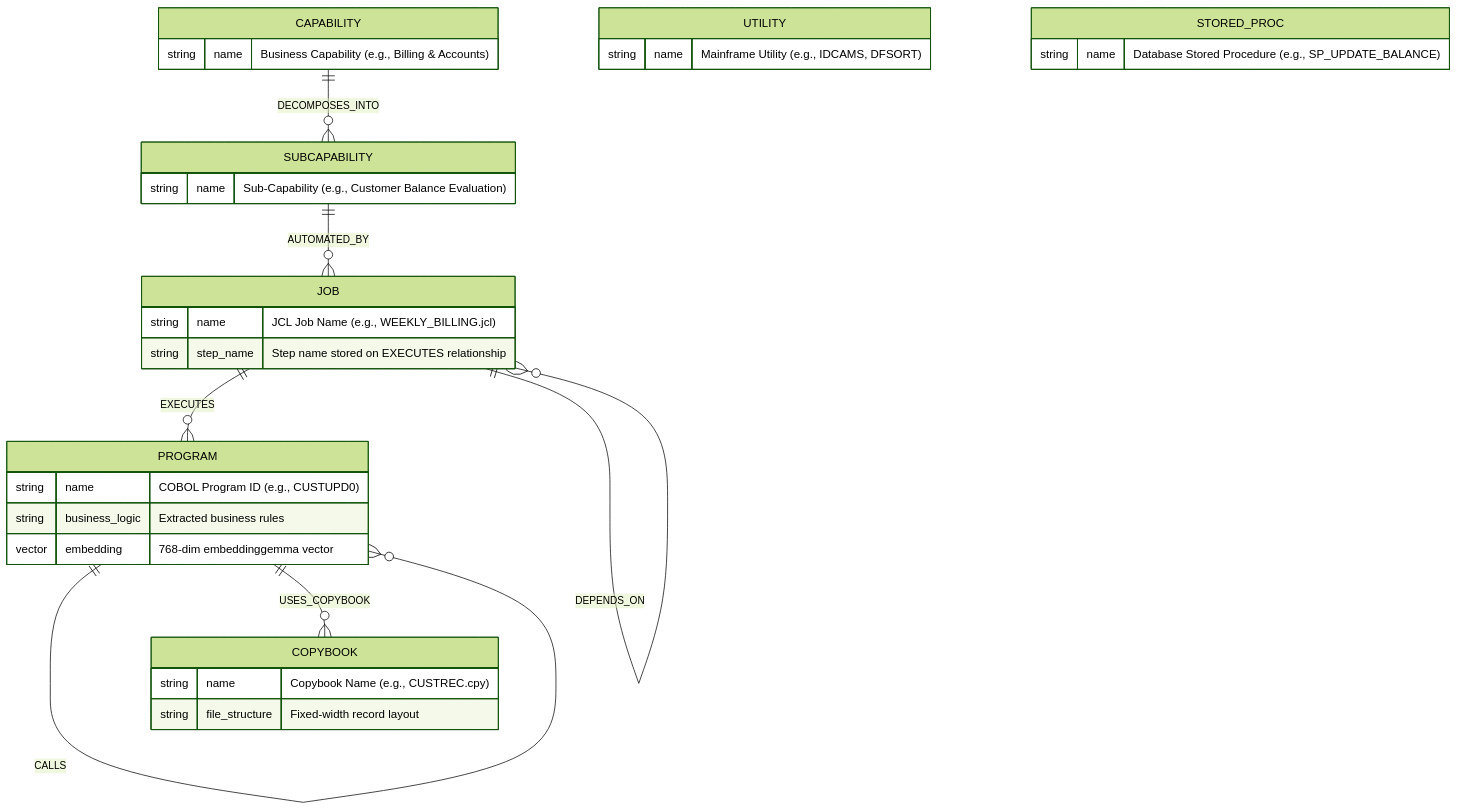
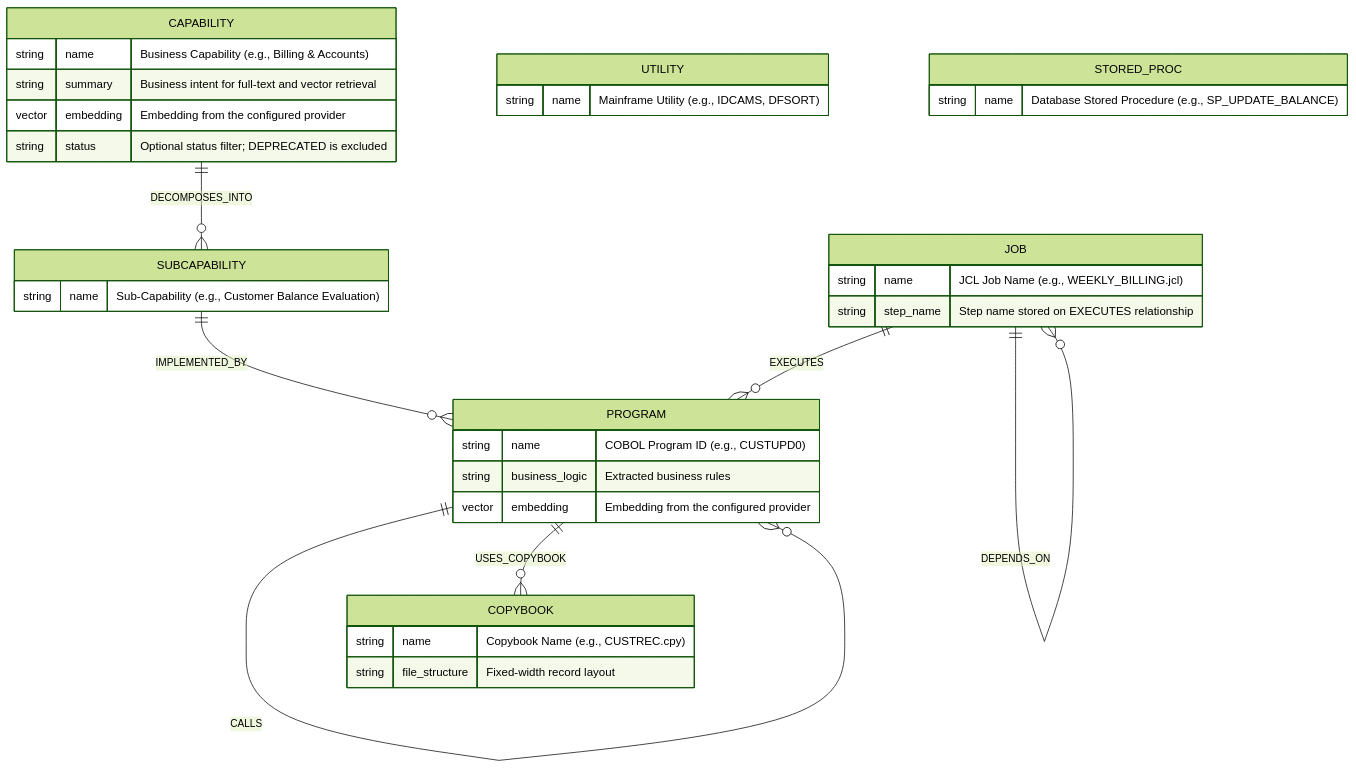
The fourth of 4 diagrams in README.md (pritamnikam/cobol-graphrag-modernizer), drawn with Mermaid (forest theme) before and after one commit. The commit also changed other lines of this file and 8 other files, not shown here.

````diff
--- a/README.md
+++ b/README.md
@@ -344,42 +394,45 @@
 ```mermaid
 erDiagram
     CAPABILITY {
         string name "Business Capability (e.g., Billing & Accounts)"
+        string summary "Business intent for full-text and vector retrieval"
+        vector embedding "Embedding from the configured provider"
+        string status "Optional status filter; DEPRECATED is excluded"
     }
     
     SUBCAPABILITY {
         string name "Sub-Capability (e.g., Customer Balance Evaluation)"
     }
 
     JOB {
         string name "JCL Job Name (e.g., WEEKLY_BILLING.jcl)"
         string step_name "Step name stored on EXECUTES relationship"
     }
 
     PROGRAM {
         string name "COBOL Program ID (e.g., CUSTUPD0)"
         string business_logic "Extracted business rules"
-        vector embedding "768-dim embeddinggemma vector"
+        vector embedding "Embedding from the configured provider"
     }
 
     UTILITY {
         string name "Mainframe Utility (e.g., IDCAMS, DFSORT)"
     }
 
     STORED_PROC {
         string name "Database Stored Procedure (e.g., SP_UPDATE_BALANCE)"
     }
 
     COPYBOOK {
         string name "Copybook Name (e.g., CUSTREC.cpy)"
         string file_structure "Fixed-width record layout"
     }
 
     CAPABILITY ||--o{ SUBCAPABILITY : "DECOMPOSES_INTO"
-    SUBCAPABILITY ||--o{ JOB : "AUTOMATED_BY"
+    SUBCAPABILITY ||--o{ PROGRAM : "IMPLEMENTED_BY"
     JOB ||--o{ PROGRAM : "EXECUTES"
     JOB ||--o{ JOB : "DEPENDS_ON"
     PROGRAM ||--o{ PROGRAM : "CALLS"
     PROGRAM ||--o{ COPYBOOK : "USES_COPYBOOK"
 
 ```
````
